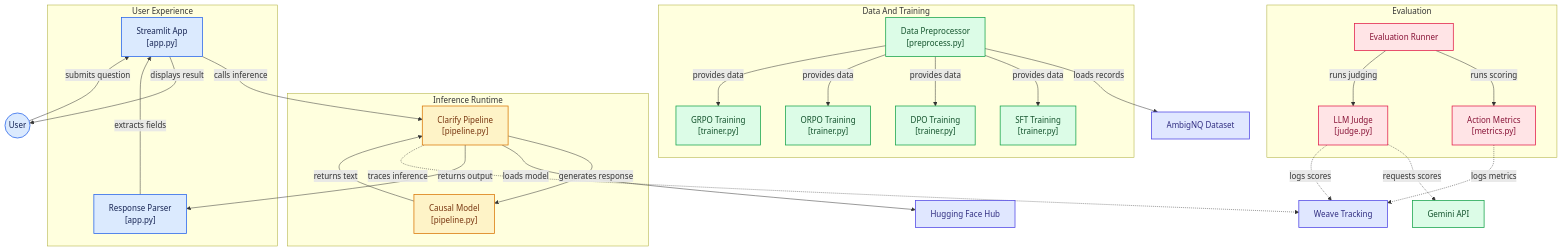
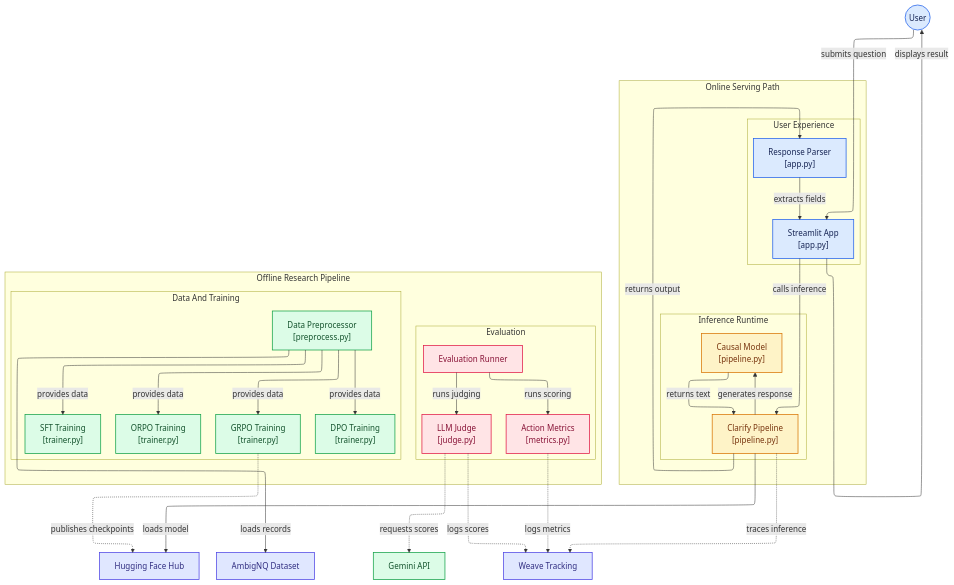
The diagram in docs/diagrams/architecture.mmd (chrisjcc/ask-before-answer), drawn with Mermaid before and after one commit. The commit also changed 3 other files, not shown here.

Commit message:
update(docs): Improve diagram layout of architecture

```diff
--- a/docs/diagrams/architecture.mmd
+++ b/docs/diagrams/architecture.mmd
@@ -1,117 +1,89 @@
+%%{init: {"layout": "elk"}}%%
 flowchart TD
 
-subgraph group_experience["User Experience"]
+subgraph online["Online Serving Path"]
+  direction LR
+  subgraph group_experience["User Experience"]
     node_streamlit_app["Streamlit App<br/>[app.py]"]
     node_response_parser["Response Parser<br/>[app.py]"]
+  end
+
+  subgraph group_inference["Inference Runtime"]
+    node_clarify_pipeline["Clarify Pipeline<br/>[pipeline.py]"]
+    node_model_runtime["Causal Model<br/>[pipeline.py]"]
+  end
 end
 
-subgraph group_inference["Inference Runtime"]
-    node_clarify_pipeline["Clarify Pipeline<br/>[pipeline.py]"]
-    node_model_runtime["Causal Model<br/>[pipeline.py]"]
-end
-
-subgraph group_research["Data And Training"]
+subgraph offline["Offline Research Pipeline"]
+  direction LR
+  subgraph group_research["Data And Training"]
     node_preprocessor["Data Preprocessor<br/>[preprocess.py]"]
     node_sft_training["SFT Training<br/>[trainer.py]"]
     node_dpo_training["DPO Training<br/>[trainer.py]"]
     node_orpo_training["ORPO Training<br/>[trainer.py]"]
     node_grpo_training["GRPO Training<br/>[trainer.py]"]
-end
+  end
 
-subgraph group_evaluation["Evaluation"]
+  subgraph group_evaluation["Evaluation"]
     node_evaluation_runner["Evaluation Runner"]
     node_action_metrics["Action Metrics<br/>[metrics.py]"]
     node_llm_judge["LLM Judge<br/>[judge.py]"]
+  end
 end
 
 node_user(("User"))
 node_hf_hub["Hugging Face Hub"]
 node_ambignq["AmbigNQ Dataset"]
 node_gemini["Gemini API"]
 node_weave["Weave Tracking"]
 
 node_user -->|"submits question"| node_streamlit_app
-
 node_streamlit_app -->|"calls inference"| node_clarify_pipeline
-
 node_clarify_pipeline -->|"generates response"| node_model_runtime
-
 node_clarify_pipeline -->|"loads model"| node_hf_hub
-
 node_model_runtime -->|"returns text"| node_clarify_pipeline
-
 node_clarify_pipeline -->|"returns output"| node_response_parser
-
 node_response_parser -->|"extracts fields"| node_streamlit_app
-
 node_streamlit_app -->|"displays result"| node_user
-
 node_clarify_pipeline -.->|"traces inference"| node_weave
 
 node_preprocessor -->|"loads records"| node_ambignq
-
 node_preprocessor -->|"provides data"| node_sft_training
-
 node_preprocessor -->|"provides data"| node_dpo_training
-
 node_preprocessor -->|"provides data"| node_orpo_training
-
 node_preprocessor -->|"provides data"| node_grpo_training
-
 node_evaluation_runner -->|"runs scoring"| node_action_metrics
-
 node_evaluation_runner -->|"runs judging"| node_llm_judge
-
 node_llm_judge -.->|"requests scores"| node_gemini
-
 node_action_metrics -.->|"logs metrics"| node_weave
-
 node_llm_judge -.->|"logs scores"| node_weave
 
+%% Optional: shows how a trained checkpoint reaches the Hub that Inference loads from.
+%% Remove this line if that publishing step isn't part of your actual pipeline.
+node_grpo_training -.->|"publishes checkpoints"| node_hf_hub
+
 click node_streamlit_app "https://github.com/chrisjcc/ask-before-answer/blob/main/app/app.py"
-
 click node_response_parser "https://github.com/chrisjcc/ask-before-answer/blob/main/app/app.py"
-
 click node_clarify_pipeline "https://github.com/chrisjcc/ask-before-answer/blob/main/src/ask_before_answer/inference/pipeline.py"
-
 click node_model_runtime "https://github.com/chrisjcc/ask-before-answer/blob/main/src/ask_before_answer/inference/pipeline.py"
-
 click node_preprocessor "https://github.com/chrisjcc/ask-before-answer/blob/main/src/ask_before_answer/data/preprocess.py"
-
 click node_sft_training "https://github.com/chrisjcc/ask-before-answer/blob/main/src/ask_before_answer/training/trainer.py"
-
 click node_dpo_training "https://github.com/chrisjcc/ask-before-answer/blob/main/src/ask_before_answer/training/trainer.py"
-
 click node_orpo_training "https://github.com/chrisjcc/ask-before-answer/blob/main/src/ask_before_answer/training/trainer.py"
-
 click node_grpo_training "https://github.com/chrisjcc/ask-before-answer/blob/main/src/ask_before_answer/training/trainer.py"
-
 click node_evaluation_runner "https://github.com/chrisjcc/ask-before-answer/tree/main/src/ask_before_answer/evaluation"
-
 click node_action_metrics "https://github.com/chrisjcc/ask-before-answer/blob/main/src/ask_before_answer/evaluation/metrics.py"
-
 click node_llm_judge "https://github.com/chrisjcc/ask-before-answer/blob/main/src/ask_before_answer/evaluation/judge.py"
 
 classDef toneNeutral fill:#f8fafc,stroke:#334155,stroke-width:1.5px,color:#0f172a
-
 classDef toneBlue fill:#dbeafe,stroke:#2563eb,stroke-width:1.5px,color:#172554
-
 classDef toneAmber fill:#fef3c7,stroke:#d97706,stroke-width:1.5px,color:#78350f
-
 classDef toneMint fill:#dcfce7,stroke:#16a34a,stroke-width:1.5px,color:#14532d
-
 classDef toneRose fill:#ffe4e6,stroke:#e11d48,stroke-width:1.5px,color:#881337
-
 classDef toneIndigo fill:#e0e7ff,stroke:#4f46e5,stroke-width:1.5px,color:#312e81
-
 classDef toneTeal fill:#ccfbf1,stroke:#0f766e,stroke-width:1.5px,color:#134e4a
-
 class node_streamlit_app,node_response_parser,node_user toneBlue
-
 class node_clarify_pipeline,node_model_runtime toneAmber
-
 class node_preprocessor,node_sft_training,node_dpo_training,node_orpo_training,node_grpo_training,node_gemini toneMint
-
 class node_evaluation_runner,node_action_metrics,node_llm_judge toneRose
-
 class node_hf_hub,node_ambignq,node_weave toneIndigo
```
